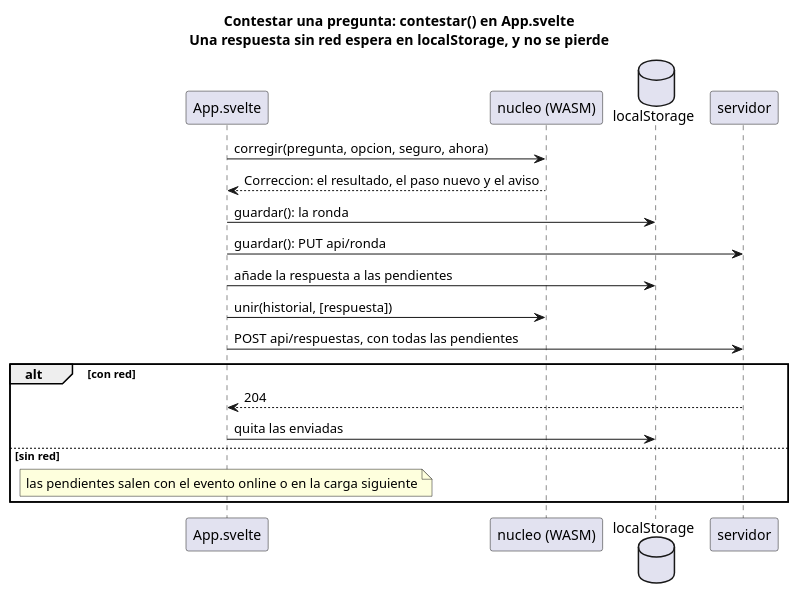
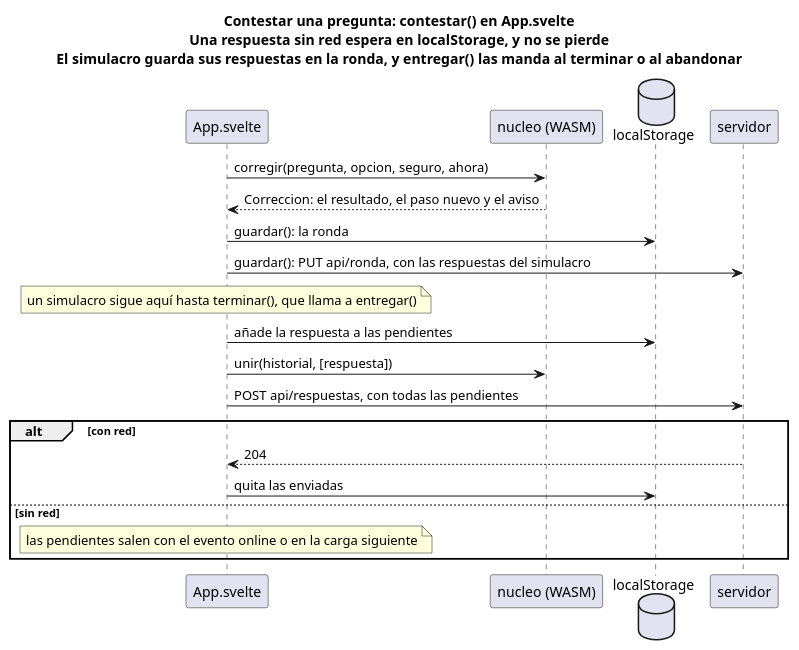
The diagram in docs/diagramas/contestar-una-pregunta.puml (jfdg01/examenes), drawn with PlantUML before and after one commit. The commit also changed 6 other files, not shown here.

First line of the commit message:
feat: una respuesta del simulacro cambia hasta terminar

```diff
--- a/docs/diagramas/contestar-una-pregunta.puml
+++ b/docs/diagramas/contestar-una-pregunta.puml
@@ -1,23 +1,24 @@
 @startuml contestar-una-pregunta
 skinparam shadowing false
-title Contestar una pregunta: contestar() en App.svelte\nUna respuesta sin red espera en localStorage, y no se pierde
+title Contestar una pregunta: contestar() en App.svelte\nUna respuesta sin red espera en localStorage, y no se pierde\nEl simulacro guarda sus respuestas en la ronda, y entregar() las manda al terminar o al abandonar
 
 participant "App.svelte" as App
 participant "nucleo (WASM)" as N
 database localStorage as L
 participant servidor as S
 
 App -> N : corregir(pregunta, opcion, seguro, ahora)
 N --> App : Correccion: el resultado, el paso nuevo y el aviso
 App -> L : guardar(): la ronda
-App -> S : guardar(): PUT api/ronda
+App -> S : guardar(): PUT api/ronda, con las respuestas del simulacro
+note over App : un simulacro sigue aquí hasta terminar(), que llama a entregar()
 App -> L : añade la respuesta a las pendientes
 App -> N : unir(historial, [respuesta])
 App -> S : POST api/respuestas, con todas las pendientes
 alt con red
   S --> App : 204
   App -> L : quita las enviadas
 else sin red
   note over App : las pendientes salen con el evento online o en la carga siguiente
 end
 @enduml
```
